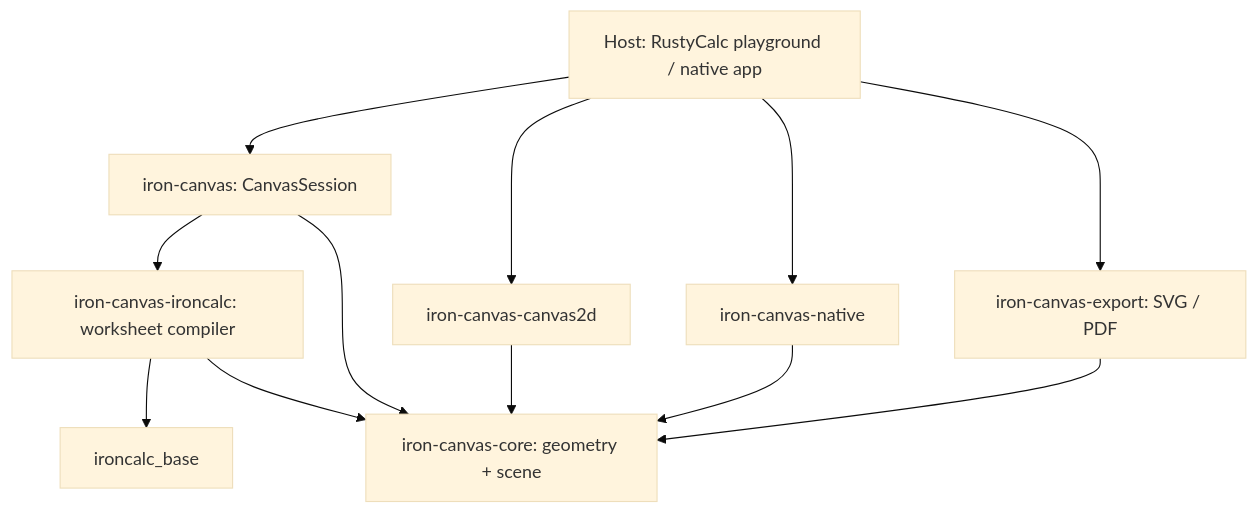
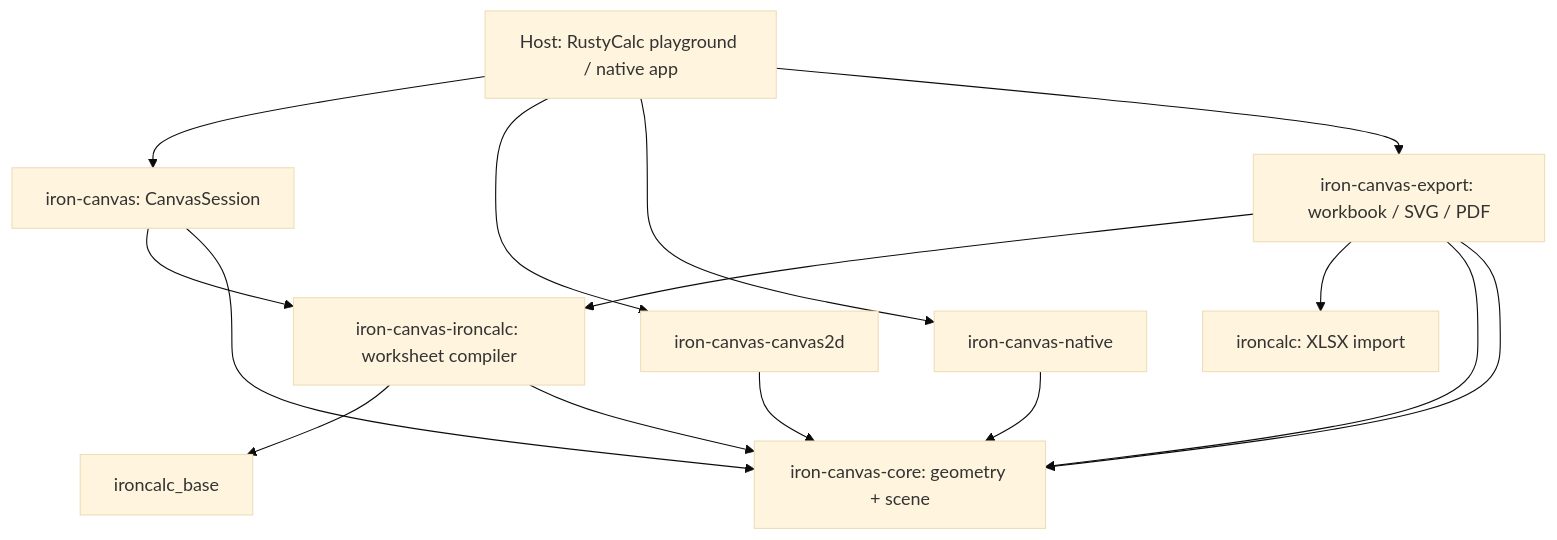
The diagram in ARCHITECTURE.md (CoalUnicorn/iron-canvas), drawn with Mermaid (base theme) before and after one commit. The commit also changed other lines of this file and 5 other files, not shown here.

Commit message:
Add workbook export to SVG and PDF

````diff
--- a/ARCHITECTURE.md
+++ b/ARCHITECTURE.md
@@ -25,14 +29,17 @@
 ```mermaid
 flowchart TD
     Host["Host: RustyCalc playground / native app"] --> API["iron-canvas: CanvasSession"]
     API --> IC["iron-canvas-ironcalc: worksheet compiler"]
     API --> Core["iron-canvas-core: geometry + scene"]
     IC --> Engine["ironcalc_base"]
     IC --> Core
+    Export["iron-canvas-export: workbook / SVG / PDF"] --> IC
+    Export --> Import["ironcalc: XLSX import"]
+    Export --> Core
     Host --> C2D["iron-canvas-canvas2d"]
     Host --> Native["iron-canvas-native"]
-    Host --> Export["iron-canvas-export: SVG / PDF"]
+    Host --> Export
     C2D --> Core
     Native --> Core
     Export --> Core
 ```
````
